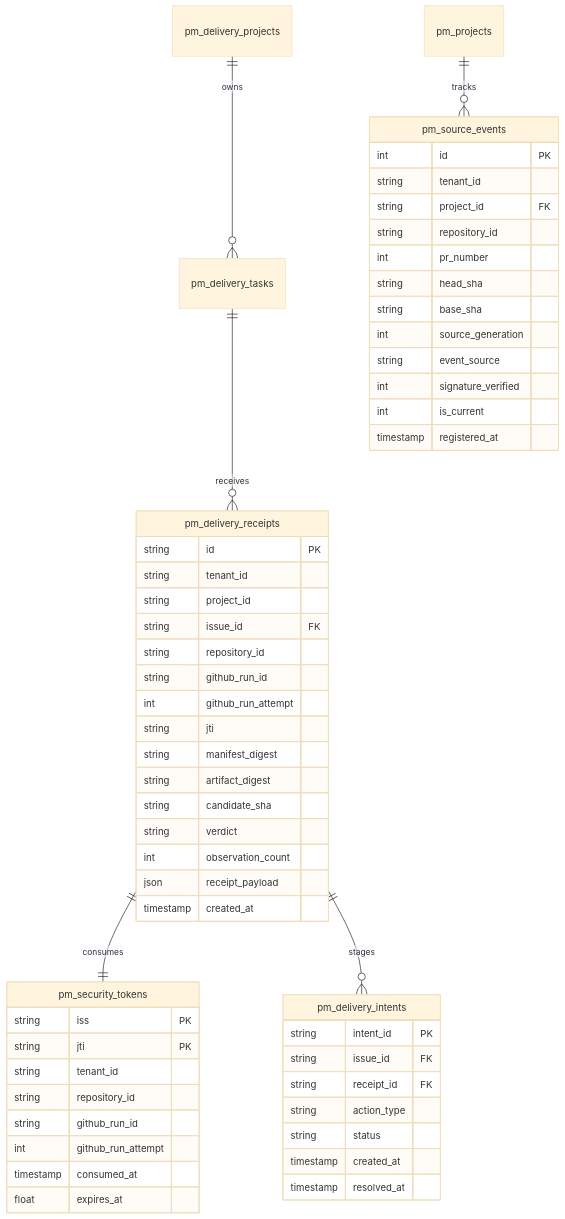
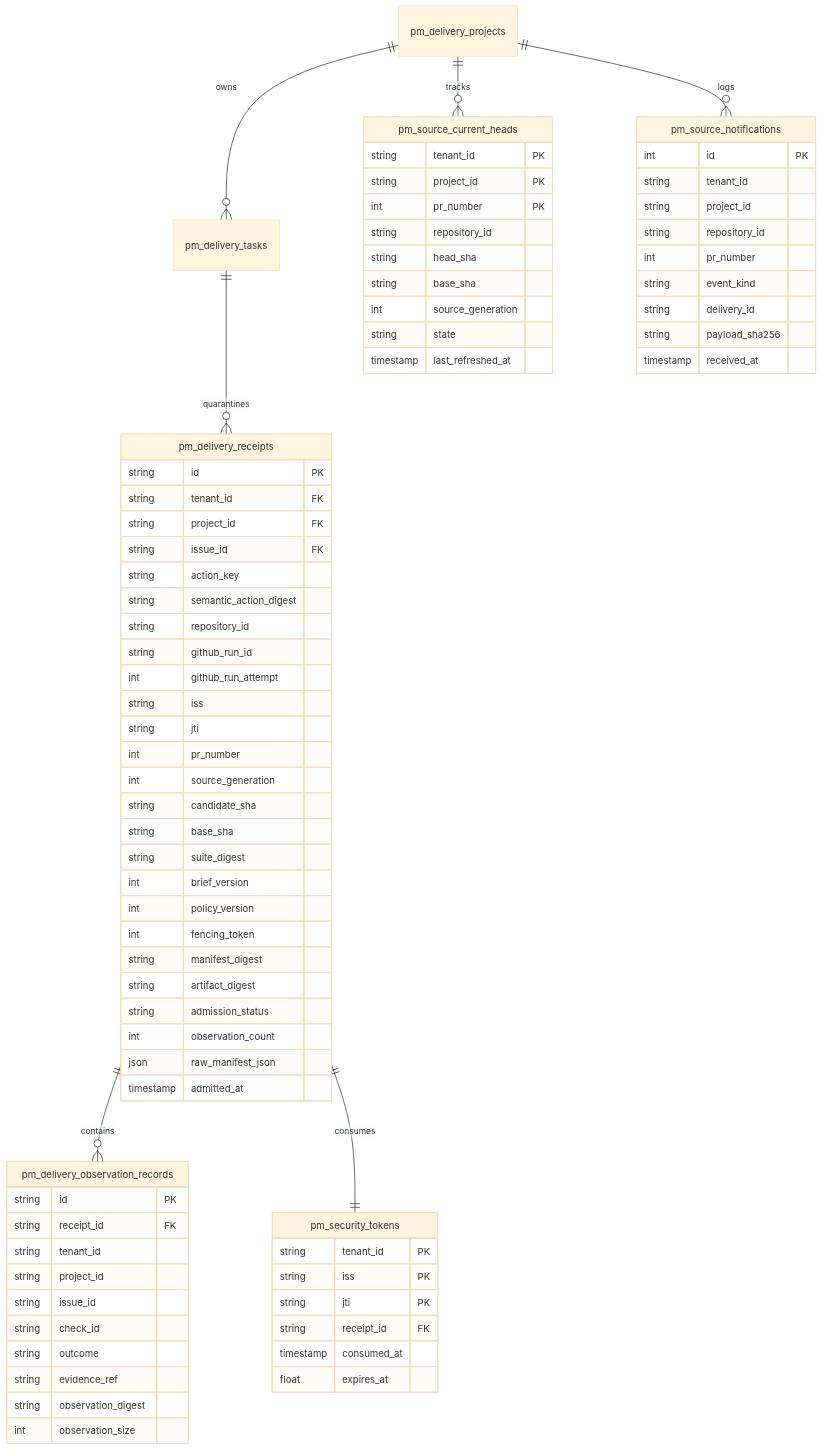
One commit to mphoMas/Acinonyx changed the second of 3 diagrams in projects/scrum-board-automation/planning/ANTIGRAVITY_GHA_04_DESIGN_SPEC.md. Above: the diagram before and after it, drawn with Mermaid (base theme). The commit also changed other lines of this file and 1 other file, not shown here.

````diff
--- a/projects/scrum-board-automation/planning/ANTIGRAVITY_GHA_04_DESIGN_SPEC.md
+++ b/projects/scrum-board-automation/planning/ANTIGRAVITY_GHA_04_DESIGN_SPEC.md
@@ -101,62 +134,83 @@
 ```mermaid
 erDiagram
-    pm_delivery_tasks ||--o{ pm_delivery_receipts : "receives"
+    pm_delivery_projects ||--o{ pm_delivery_tasks : "owns"
+    pm_delivery_tasks ||--o{ pm_delivery_receipts : "quarantines"
+    pm_delivery_receipts ||--o{ pm_delivery_observation_records : "contains"
     pm_delivery_receipts ||--|| pm_security_tokens : "consumes"
-    pm_delivery_receipts ||--o{ pm_delivery_intents : "stages"
-    pm_projects ||--o{ pm_source_events : "tracks"
-    pm_delivery_projects ||--o{ pm_delivery_tasks : "owns"
+    pm_delivery_projects ||--o{ pm_source_current_heads : "tracks"
+    pm_delivery_projects ||--o{ pm_source_notifications : "logs"
 
     pm_security_tokens {
+        string tenant_id PK
         string iss PK
         string jti PK
-        string tenant_id
-        string repository_id
-        string github_run_id
-        int github_run_attempt
+        string receipt_id FK
         timestamp consumed_at
         float expires_at
     }
 
     pm_delivery_receipts {
         string id PK
-        string tenant_id
-        string project_id
+        string tenant_id FK
+        string project_id FK
         string issue_id FK
+        string action_key
+        string semantic_action_digest
         string repository_id
         string github_run_id
         int github_run_attempt
+        string iss
         string jti
+        int pr_number
+        int source_generation
+        string candidate_sha
+        string base_sha
+        string suite_digest
+        int brief_version
+        int policy_version
+        int fencing_token
         string manifest_digest
         string artifact_digest
-        string candidate_sha
-        string verdict
+        string admission_status
         int observation_count
-        json receipt_payload
-        timestamp created_at
+        json raw_manifest_json
+        timestamp admitted_at
     }
 
-    pm_source_events {
-        int id PK
+    pm_delivery_observation_records {
+        string id PK
+        string receipt_id FK
         string tenant_id
-        string project_id FK
+        string project_id
+        string issue_id
+        string check_id
+        string outcome
+        string evidence_ref
+        string observation_digest
+        int observation_size
+    }
+
+    pm_source_current_heads {
+        string tenant_id PK
+        string project_id PK
+        int pr_number PK
         string repository_id
-        int pr_number
         string head_sha
         string base_sha
         int source_generation
-        string event_source
-        int signature_verified
-        int is_current
-        timestamp registered_at
+        string state
+        timestamp last_refreshed_at
     }
 
-    pm_delivery_intents {
-        string intent_id PK
-        string issue_id FK
-        string receipt_id FK
-        string action_type
-        string status
-        timestamp created_at
-        timestamp resolved_at
+    pm_source_notifications {
+        int id PK
+        string tenant_id
+        string project_id
+        string repository_id
+        int pr_number
+        string event_kind
+        string delivery_id
+        string payload_sha256
+        timestamp received_at
     }
 ```
````
